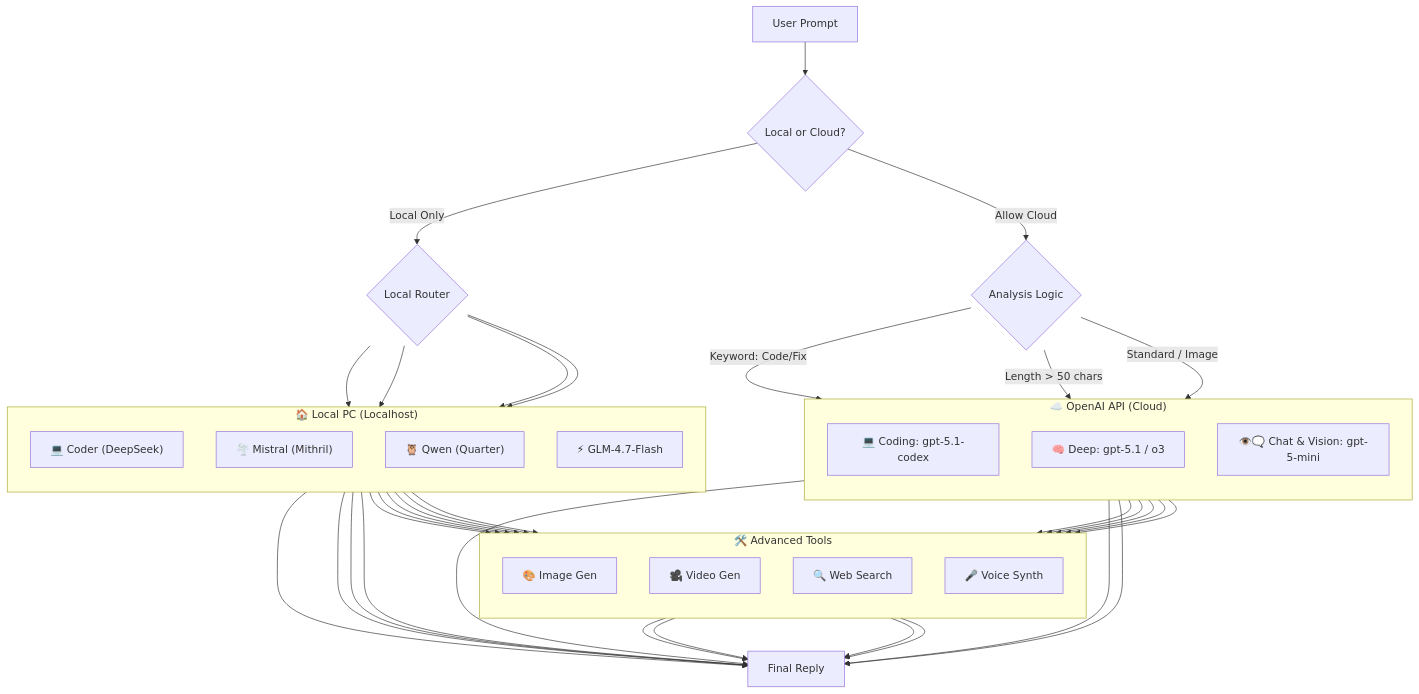
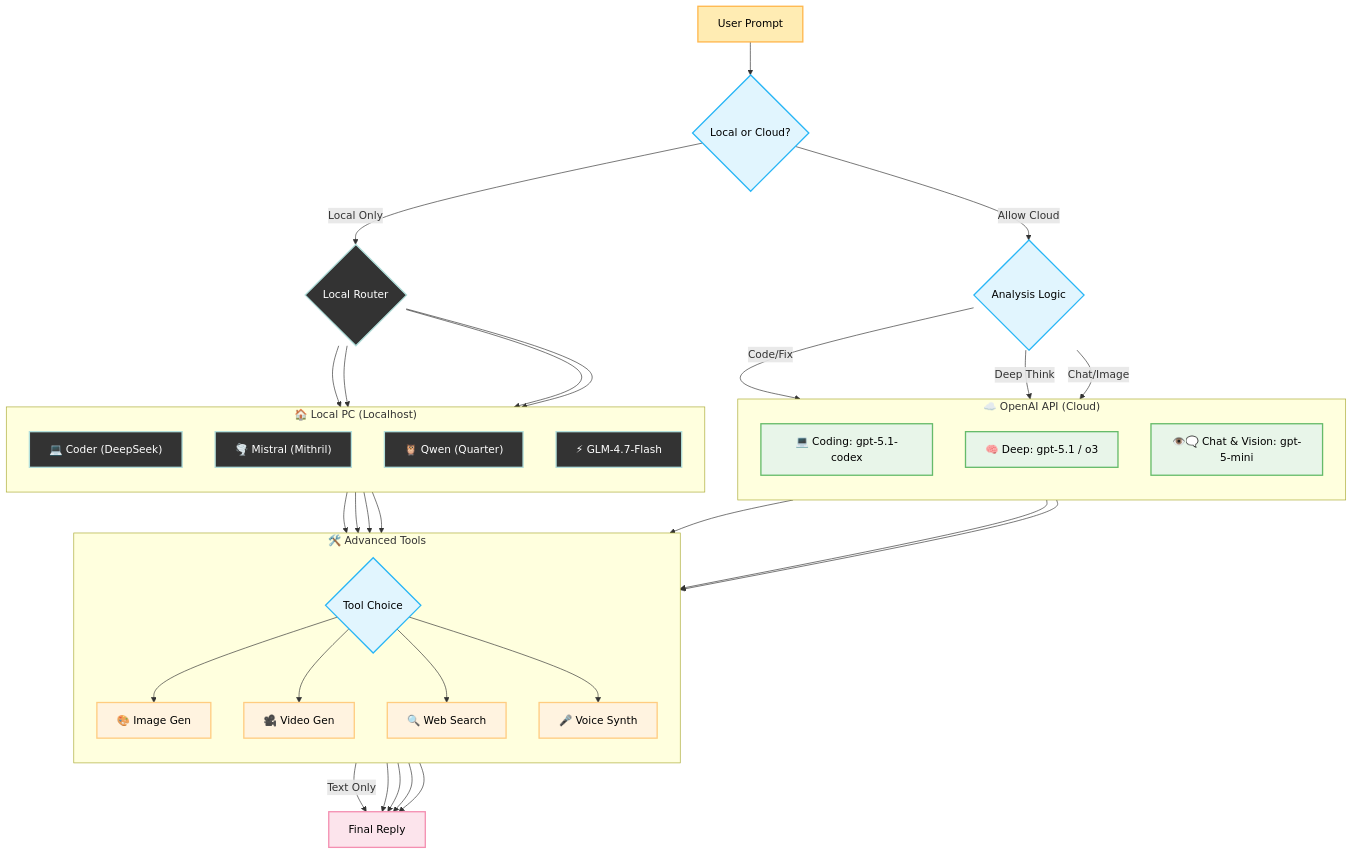
One commit to YoneRai12/YonerAI changed the diagram in README.md. Above: the diagram before and after it, drawn with Mermaid. The commit also changed 1 other file, not shown here.

Commit message:
Docs: Beautify Diagram - Bundle Wires via ToolHub & Add Colors [skip ci]

````diff
--- a/README.md
+++ b/README.md
@@ -60,55 +60,64 @@
 ```mermaid
 graph TD
-    UserInput["User Prompt"] --> RouteCheck{Local or Cloud?}
+    %% Styling Definitions
+    classDef user fill:#ffecb3,stroke:#ffb74d,stroke-width:2px,color:#000
+    classDef router fill:#e1f5fe,stroke:#29b6f6,stroke-width:2px,color:#000
+    classDef cloud fill:#e8f5e9,stroke:#66bb6a,stroke-width:2px,color:#000
+    classDef local fill:#333,stroke:#b2dfdb,stroke-width:2px,color:#fff
+    classDef tool fill:#fff3e0,stroke:#ffcc80,stroke-width:2px,color:#000
+    classDef final fill:#fce4ec,stroke:#f48fb1,stroke-width:2px,color:#000
+
+    UserInput["User Prompt"]:::user --> RouteCheck{Local or Cloud?}:::router
 
     %% Right Branch: Local
-    RouteCheck -- "Local Only" --> LocalRouter{Local Router}
+    RouteCheck -- "Local Only" --> LocalRouter{Local Router}:::local
 
     %% Left Branch: Cloud (API)
-    RouteCheck -- "Allow Cloud" --> OmniRouter{Analysis Logic}
+    RouteCheck -- "Allow Cloud" --> OmniRouter{Analysis Logic}:::router
 
     %% Cloud Subgraph
     subgraph Cloud ["☁️ OpenAI API (Cloud)"]
         direction TB
-        CodingModel["💻 Coding: gpt-5.1-codex"]
-        HighModel["🧠 Deep: gpt-5.1 / o3"]
-        MiniModel["👁️🗨️ Chat & Vision: gpt-5-mini"]
+        CodingModel["💻 Coding: gpt-5.1-codex"]:::cloud
+        HighModel["🧠 Deep: gpt-5.1 / o3"]:::cloud
+        MiniModel["👁️🗨️ Chat & Vision: gpt-5-mini"]:::cloud
     end
     
     %% Local Subgraph
     subgraph Local ["🏠 Local PC (Localhost)"]
         direction TB
-        L_Coder["💻 Coder (DeepSeek)"]
-        L_Mistral["🌪️ Mistral (Mithril)"]
-        L_Qwen["🦉 Qwen (Quarter)"]
-        L_GLM["⚡ GLM-4.7-Flash"]
+        L_Coder["💻 Coder (DeepSeek)"]:::local
+        L_Mistral["🌪️ Mistral (Mithril)"]:::local
+        L_Qwen["🦉 Qwen (Quarter)"]:::local
+        L_GLM["⚡ GLM-4.7-Flash"]:::local
     end
 
     %% Tools Layer
     subgraph Tools ["🛠️ Advanced Tools"]
         direction TB
-        T_Img["🎨 Image Gen"]
-        T_Vid["🎥 Video Gen"]
-        T_Search["🔍 Web Search"]
-        T_Voice["🎤 Voice Synth"]
+        ToolHub{Tool Choice}:::router
+        T_Img["🎨 Image Gen"]:::tool
+        T_Vid["🎥 Video Gen"]:::tool
+        T_Search["🔍 Web Search"]:::tool
+        T_Voice["🎤 Voice Synth"]:::tool
     end
 
     %% Routing to Models
     LocalRouter --> L_Coder & L_Mistral & L_Qwen & L_GLM
-    OmniRouter -- "Keyword: Code/Fix" --> CodingModel
-    OmniRouter -- "Length > 50 chars" --> HighModel
-    OmniRouter -- "Standard / Image" --> MiniModel
+    OmniRouter -- "Code/Fix" --> CodingModel
+    OmniRouter -- "Deep Think" --> HighModel
+    OmniRouter -- "Chat/Image" --> MiniModel
 
-    %% Models to Tools
-    CodingModel & L_Coder --> T_Search
-    HighModel & L_Qwen --> T_Vid & T_Search
-    MiniModel & L_Mistral --> T_Img & T_Voice
-    L_GLM --> T_Voice
+    %% Models to Tool Hub (Bundling)
+    CodingModel & HighModel & MiniModel --> ToolHub
+    L_Coder & L_Mistral & L_Qwen & L_GLM --> ToolHub
 
-    %% Models Direct Response (Chat)
-    CodingModel & HighModel & MiniModel --> Response["Final Reply"]
-    L_Coder & L_Mistral & L_Qwen & L_GLM --> Response
+    %% Tool Hub to Specific Tools
+    ToolHub --> T_Img & T_Vid & T_Search & T_Voice
+    
+    %% Direct Path (No Tool)
+    ToolHub -- "Text Only" --> Response["Final Reply"]:::final
 
     %% Tools to Response
     T_Img & T_Vid & T_Search & T_Voice --> Response
 ```
````
